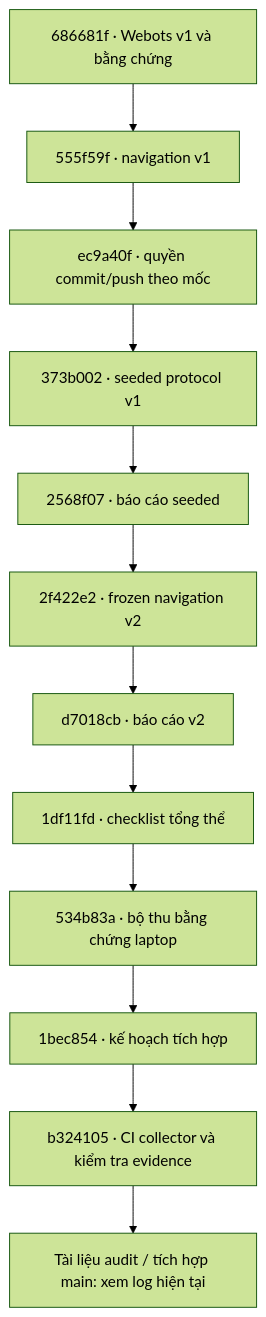
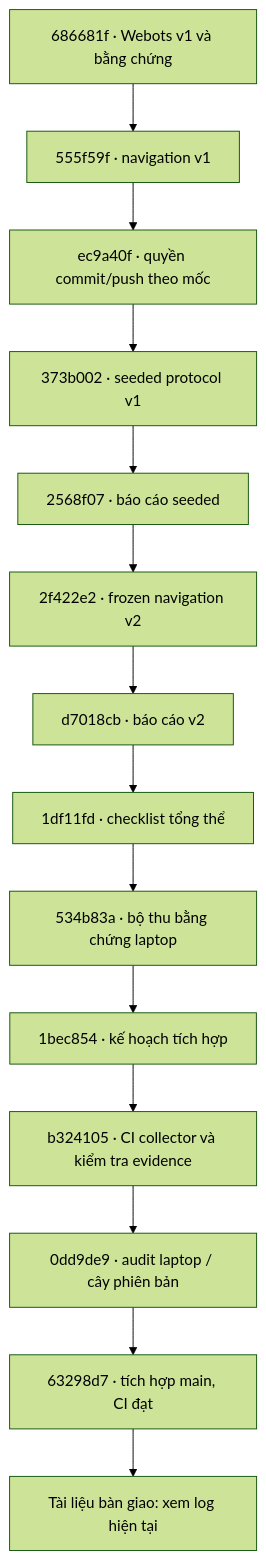
One commit to NguyenPhan161206/Game_Simulator_Lap-Blind_Drone changed the diagram in docs/version-history.md. Above: the diagram before and after it, drawn with Mermaid (forest theme). The commit also changed other lines of this file and 5 other files, not shown here.

````diff
--- a/docs/version-history.md
+++ b/docs/version-history.md
@@ -9,14 +9,16 @@
 ```mermaid
 flowchart TD
   W["686681f · Webots v1 và bằng chứng"] --> N["555f59f · navigation v1"]
   N --> G["ec9a40f · quyền commit/push theo mốc"]
   G --> S["373b002 · seeded protocol v1"]
   S --> SD["2568f07 · báo cáo seeded"]
   SD --> V["2f422e2 · frozen navigation v2"]
   V --> VD["d7018cb · báo cáo v2"]
   VD --> C["1df11fd · checklist tổng thể"]
   C --> L["534b83a · bộ thu bằng chứng laptop"]
   L --> P["1bec854 · kế hoạch tích hợp"]
   P --> T["b324105 · CI collector và kiểm tra evidence"]
-  T --> H["Tài liệu audit / tích hợp main: xem log hiện tại"]
+  T --> A["0dd9de9 · audit laptop / cây phiên bản"]
+  A --> I["63298d7 · tích hợp main, CI đạt"]
+  I --> H["Tài liệu bàn giao: xem log hiện tại"]
 ```
````
